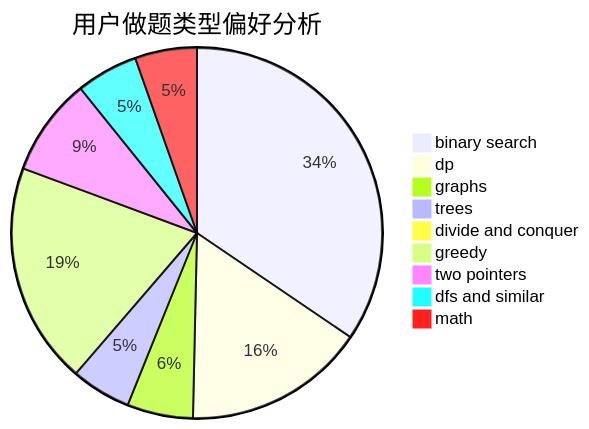
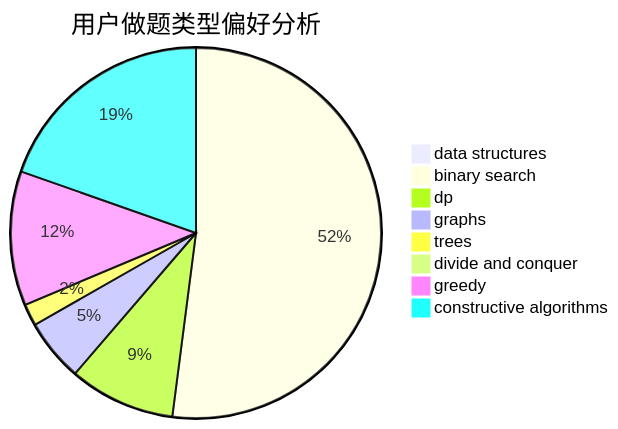
Before and after one commit to sherpahu/cfrs.github.io: the second of 3 diagrams in docs/user/u1647.md, drawn with Mermaid. The commit also changed other lines of this file and 2775 other files, not shown here.

````diff
--- a/docs/user/u1647.md
+++ b/docs/user/u1647.md
@@ -23,12 +23,11 @@
 ```mermaid
 pie title 用户做题类型偏好分析
-    "binary search" :  198
-    "dp" :  91
-    "graphs" :  33
-    "trees" :  30
+    "data structures" :  3
+    "binary search" :  191
+    "dp" :  34
+    "graphs" :  20
+    "trees" :  7
     "divide and conquer" :  0
-    "greedy" :  111
-    "two pointers" :  49
-    "dfs and similar" :  31
-    "math" :  31
+    "greedy" :  43
+    "constructive algorithms" :  72
 ```
````
